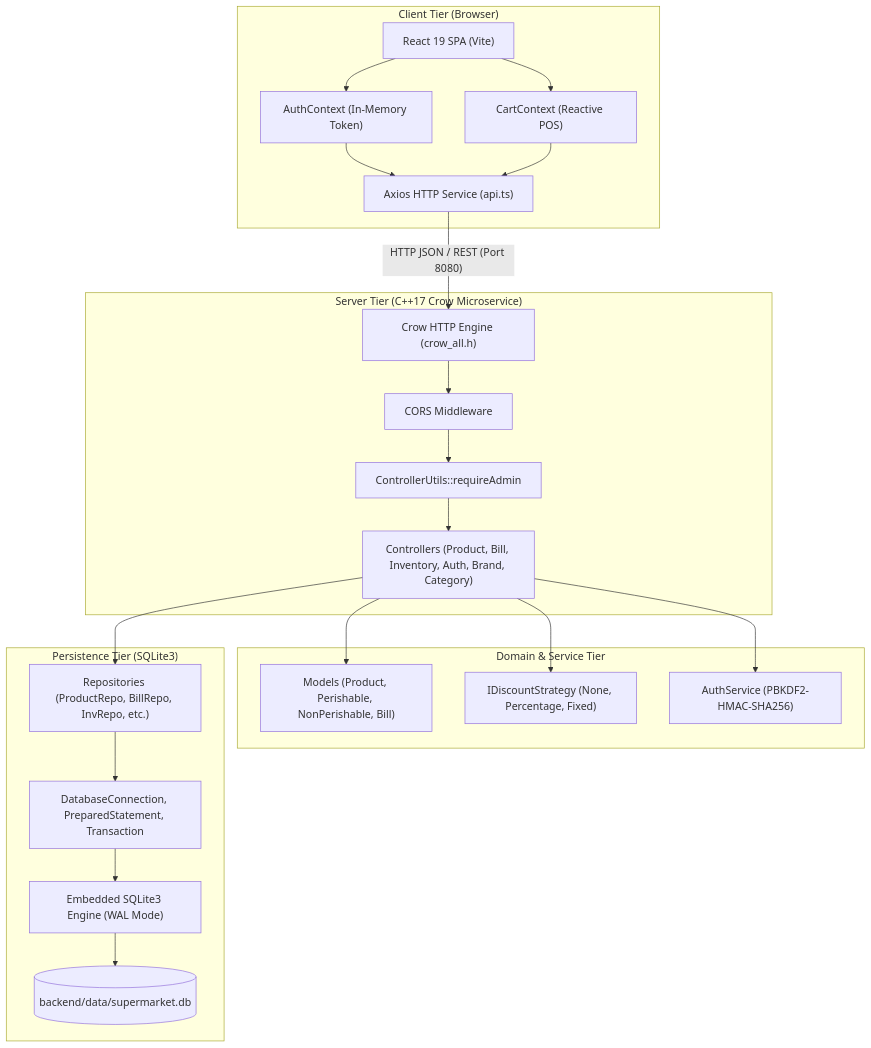
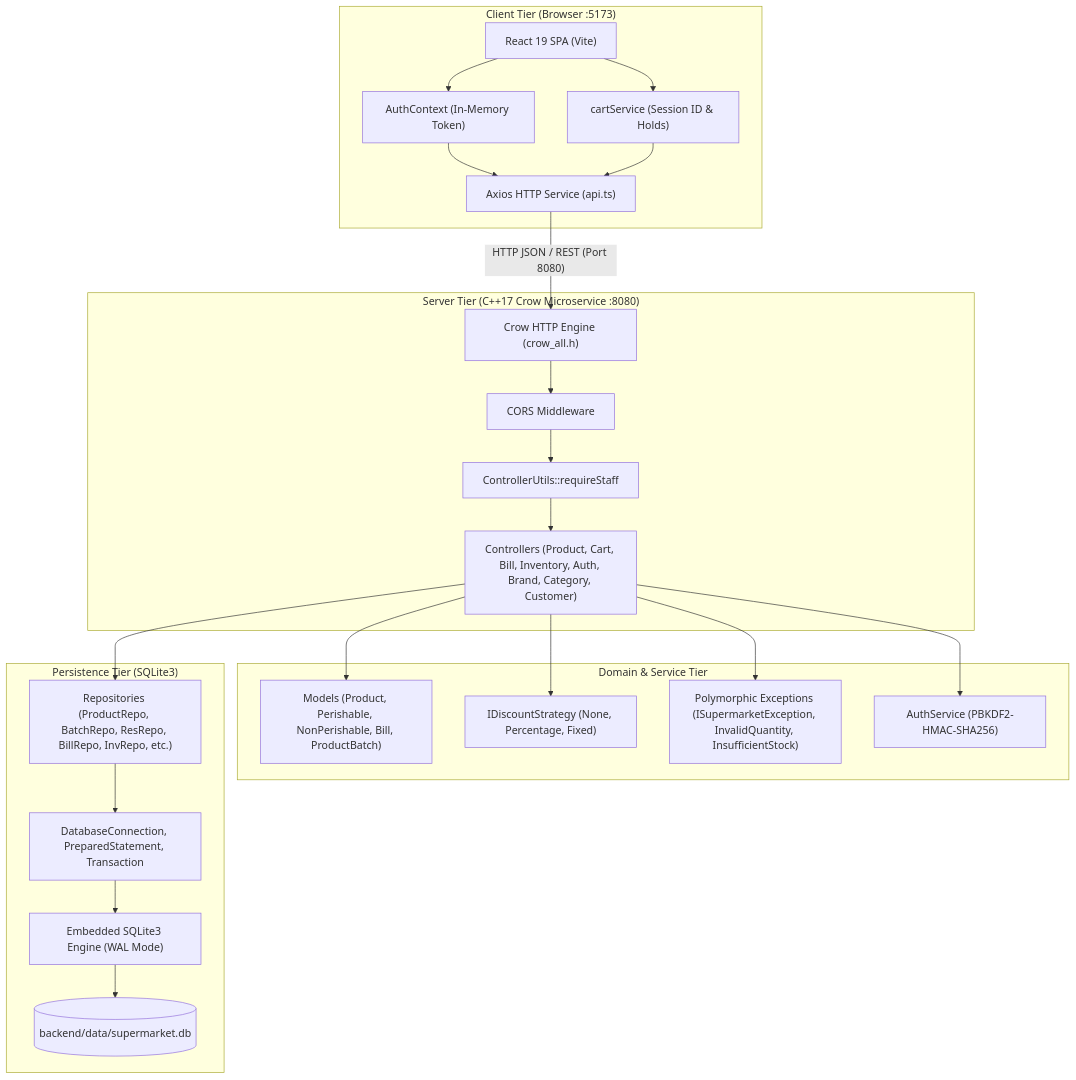
One commit to Sarthak-SethiNsd/Super-Market-Billing-System changed the first of 2 diagrams in docs/ARCHITECTURE.md. Above: the diagram before and after it, drawn with Mermaid. The commit also changed other lines of this file and 23 other files, not shown here.

Commit message:
fix(core): resolve edge cases across brand search, fixed discounts, and cart holds; update comprehensive technical documentation

````diff
--- a/docs/ARCHITECTURE.md
+++ b/docs/ARCHITECTURE.md
@@ -26,47 +29,49 @@
 ```mermaid
 flowchart TD
-    subgraph Client["Client Tier (Browser)"]
+    subgraph Client["Client Tier (Browser :5173)"]
         UI["React 19 SPA (Vite)"]
         AxiosClient["Axios HTTP Service (api.ts)"]
         AuthCtx["AuthContext (In-Memory Token)"]
-        CartCtx["CartContext (Reactive POS)"]
+        CartSvc["cartService (Session ID & Holds)"]
         UI --> AuthCtx
-        UI --> CartCtx
+        UI --> CartSvc
         AuthCtx --> AxiosClient
-        CartCtx --> AxiosClient
+        CartSvc --> AxiosClient
     end
 
-    subgraph Server["Server Tier (C++17 Crow Microservice)"]
+    subgraph Server["Server Tier (C++17 Crow Microservice :8080)"]
         CrowApp["Crow HTTP Engine (crow_all.h)"]
         CORS["CORS Middleware"]
-        AuthMiddleware["ControllerUtils::requireAdmin"]
-        Controllers["Controllers (Product, Bill, Inventory, Auth, Brand, Category)"]
+        AuthMiddleware["ControllerUtils::requireStaff"]
+        Controllers["Controllers (Product, Cart, Bill, Inventory, Auth, Brand, Category, Customer)"]
         
         AxiosClient -->|"HTTP JSON / REST (Port 8080)"| CrowApp
         CrowApp --> CORS
         CORS --> AuthMiddleware
         AuthMiddleware --> Controllers
     end
 
     subgraph Domain["Domain & Service Tier"]
-        DomainModels["Models (Product, Perishable, NonPerishable, Bill)"]
+        DomainModels["Models (Product, Perishable, NonPerishable, Bill, ProductBatch)"]
         Strategy["IDiscountStrategy (None, Percentage, Fixed)"]
+        Exceptions["Polymorphic Exceptions (ISupermarketException, InvalidQuantity, InsufficientStock)"]
         AuthService["AuthService (PBKDF2-HMAC-SHA256)"]
         
         Controllers --> DomainModels
         Controllers --> Strategy
+        Controllers --> Exceptions
         Controllers --> AuthService
     end
 
     subgraph Data["Persistence Tier (SQLite3)"]
-        Repositories["Repositories (ProductRepo, BillRepo, InvRepo, etc.)"]
+        Repositories["Repositories (ProductRepo, BatchRepo, ResRepo, BillRepo, InvRepo, etc.)"]
         RAIIWrappers["DatabaseConnection, PreparedStatement, Transaction"]
         SQLite["Embedded SQLite3 Engine (WAL Mode)"]
         DBFile[("backend/data/supermarket.db")]
         
         Controllers --> Repositories
         Repositories --> RAIIWrappers
         RAIIWrappers --> SQLite
         SQLite --> DBFile
     end
 ```
````
